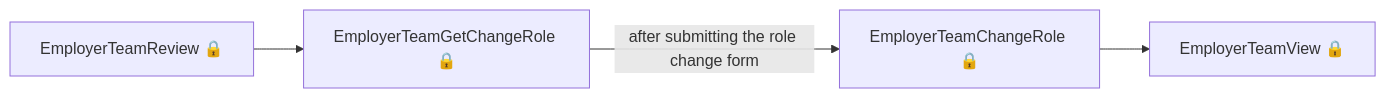
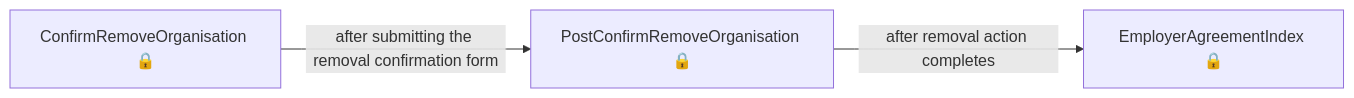
Before and after one commit to talentconsulting/atlas-dfe: the sixth of 8 diagrams in das-employer-accounts/user-journeys/user-journeys.md, drawn with Mermaid. The commit also changed other lines of this file and 36 other files, not shown here.

````diff
--- a/das-employer-accounts/user-journeys/user-journeys.md
+++ b/das-employer-accounts/user-journeys/user-journeys.md
@@ -83,6 +78,5 @@
 ```mermaid
 flowchart LR
-  p0["EmployerTeamReview 🔒"] --> p1["EmployerTeamGetChangeRole 🔒"]
-  p1["EmployerTeamGetChangeRole 🔒"] -->|"after submitting the role change form"| p2["EmployerTeamChangeRole 🔒"]
-  p2["EmployerTeamChangeRole 🔒"] --> p3["EmployerTeamView 🔒"]
+  p0["ConfirmRemoveOrganisation 🔒"] -->|"after submitting the removal confirmation form"| p1["PostConfirmRemoveOrganisation 🔒"]
+  p1["PostConfirmRemoveOrganisation 🔒"] -->|"after removal action completes"| p2["EmployerAgreementIndex 🔒"]
 ```
````
